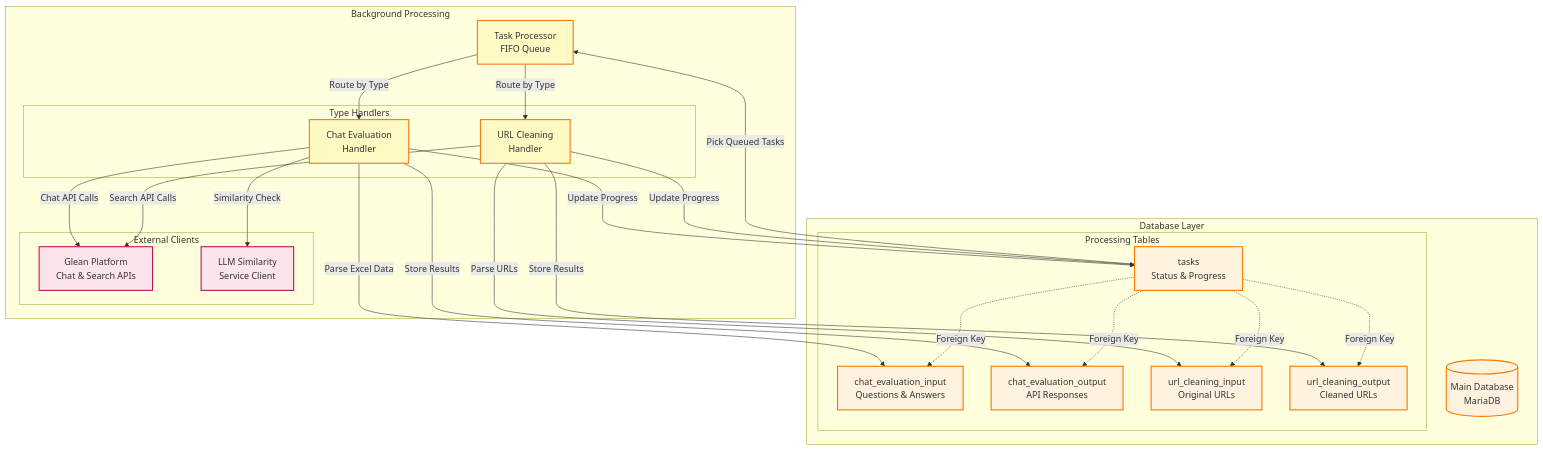
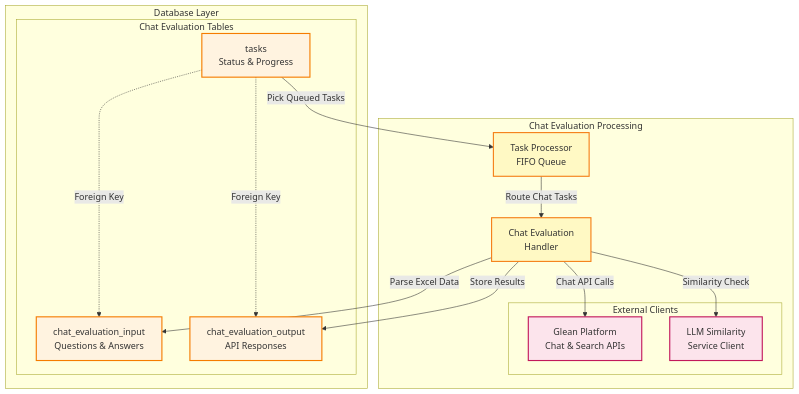
One commit to andrewhzy/cursor-learn changed the third of 4 diagrams in docs/README.md. Above: the diagram before and after it, drawn with Mermaid. The commit also changed other lines of this file, not shown here.

````diff
--- a/docs/README.md
+++ b/docs/README.md
@@ -156,63 +171,46 @@
 ```mermaid
 flowchart TD
     %% Background Processing Components
-    subgraph "Background Processing"
+    subgraph "Chat Evaluation Processing"
         TaskProcessor[Task Processor<br/>FIFO Queue]
-        
-        subgraph "Type Handlers"
-            ChatEvalHandler[Chat Evaluation<br/>Handler]
-            URLCleanHandler[URL Cleaning<br/>Handler]
-        end
+        ChatEvalHandler[Chat Evaluation<br/>Handler]
         
         subgraph "External Clients"
             GleanServices[Glean Platform<br/>Chat & Search APIs]
             LLMService[LLM Similarity<br/>Service Client]
         end
     end
     
-    %% Database Layer - Processing Focus (beneath processing engine)
+    %% Database Layer - Chat Evaluation Focus
     subgraph "Database Layer"
-        MainDB[(Main Database<br/>MariaDB)]
         
-        subgraph "Processing Tables"
+        subgraph "Chat Evaluation Tables"
             TasksTable[tasks<br/>Status & Progress]
             ChatInputTable[chat_evaluation_input<br/>Questions & Answers]
             ChatOutputTable[chat_evaluation_output<br/>API Responses]
-            URLInputTable[url_cleaning_input<br/>Original URLs]
-            URLOutputTable[url_cleaning_output<br/>Cleaned URLs]
         end
     end
     
-    %% Background Processing Flow
+    %% Chat Evaluation Processing Flow
     TasksTable -->|Pick Queued Tasks| TaskProcessor
-    TaskProcessor -->|Route by Type| ChatEvalHandler
-    TaskProcessor -->|Route by Type| URLCleanHandler
+    TaskProcessor -->|Route Chat Tasks| ChatEvalHandler
     
     %% Chat Evaluation Processing Flow
     ChatEvalHandler -->|Parse Excel Data| ChatInputTable
     ChatEvalHandler -->|Chat API Calls| GleanServices
     ChatEvalHandler -->|Similarity Check| LLMService
     ChatEvalHandler -->|Store Results| ChatOutputTable
-    ChatEvalHandler -->|Update Progress| TasksTable
-    
-    %% URL Cleaning Processing Flow
-    URLCleanHandler -->|Parse URLs| URLInputTable
-    URLCleanHandler -->|Search API Calls| GleanServices
-    URLCleanHandler -->|Store Results| URLOutputTable
-    URLCleanHandler -->|Update Progress| TasksTable
     
     %% Data Relationships
     TasksTable -.->|Foreign Key| ChatInputTable
     TasksTable -.->|Foreign Key| ChatOutputTable
-    TasksTable -.->|Foreign Key| URLInputTable
-    TasksTable -.->|Foreign Key| URLOutputTable
     
     %% Styling
     classDef processLayer fill:#fff9c4,stroke:#f57f17,stroke-width:2px
     classDef dbLayer fill:#fff3e0,stroke:#f57c00,stroke-width:2px
     classDef externalLayer fill:#fce4ec,stroke:#c2185b,stroke-width:2px
     
-    class TaskProcessor,ChatEvalHandler,URLCleanHandler processLayer
-    class MainDB,TasksTable,ChatInputTable,ChatOutputTable,URLInputTable,URLOutputTable dbLayer
+    class TaskProcessor,ChatEvalHandler processLayer
+    class MainDB,TasksTable,ChatInputTable,ChatOutputTable dbLayer
     class GleanServices,LLMService externalLayer
 ```
````
